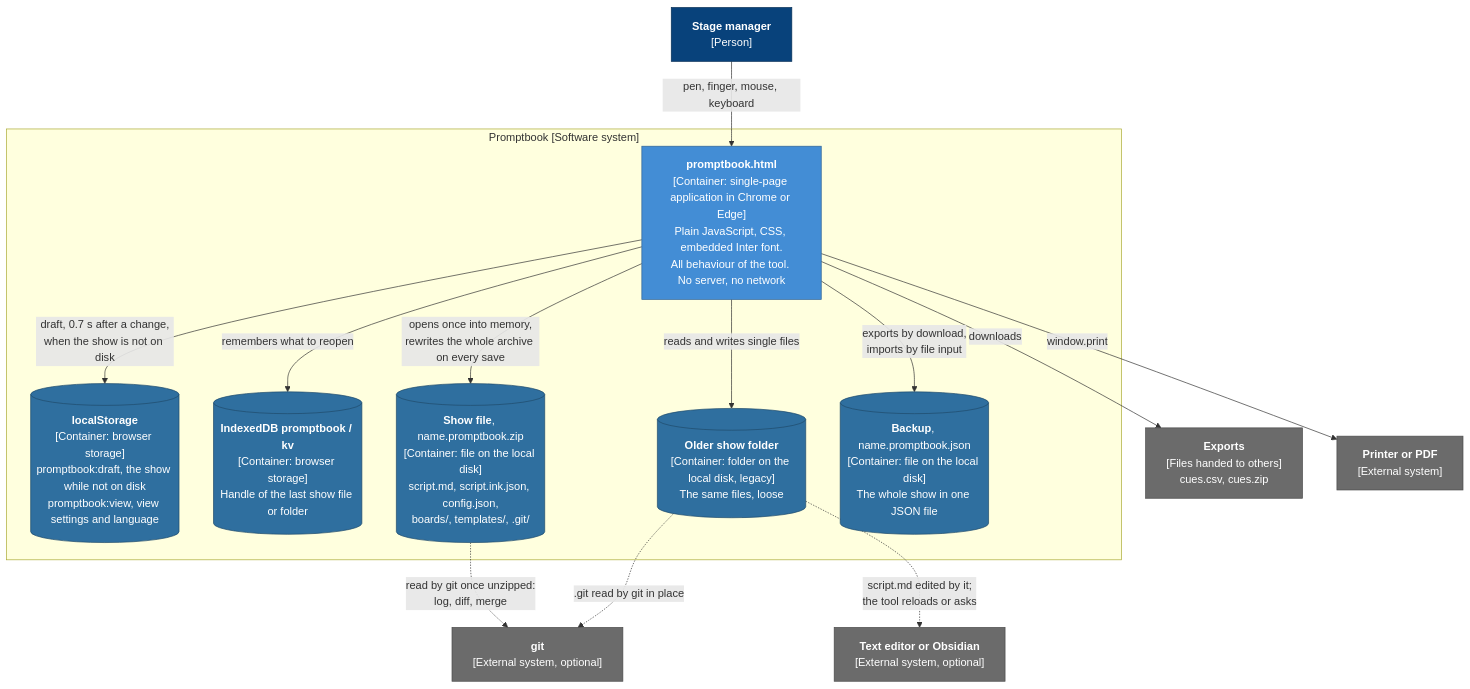
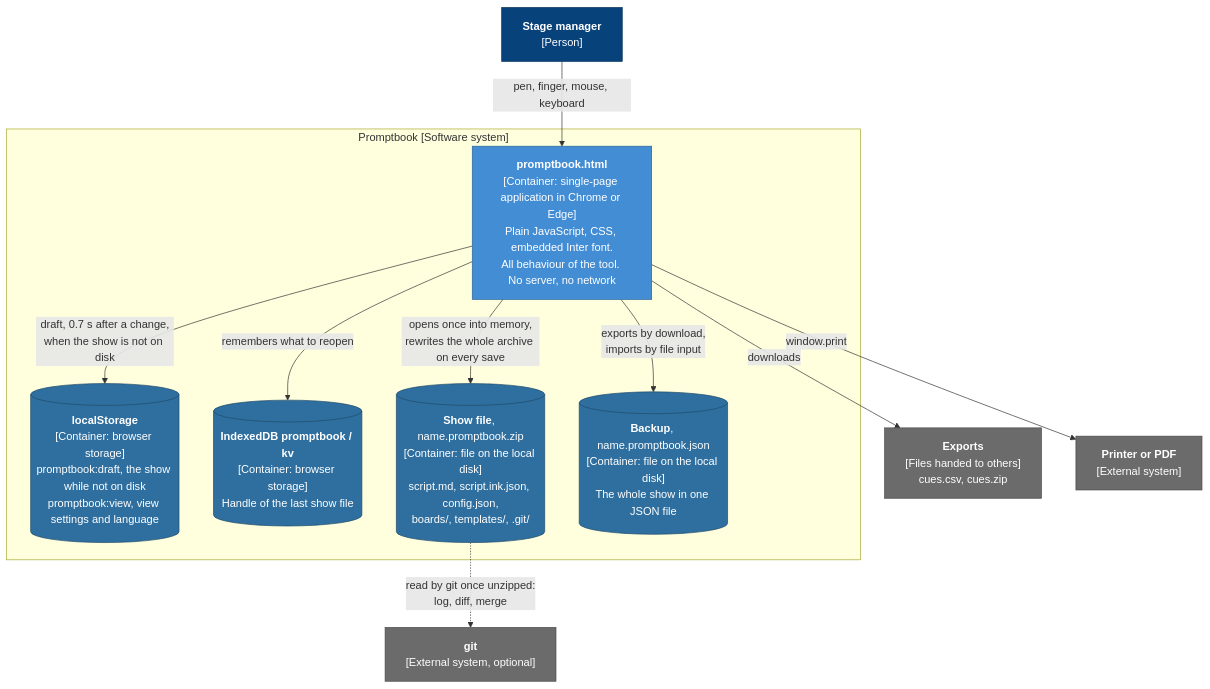
One commit to MarcoVitalii/promptbook changed the second of 5 diagrams in docs/architecture.md. Above: the diagram before and after it, drawn with Mermaid. The commit also changed other lines of this file and 32 other files, not shown here.

First line of the commit message:
r1.10: script for the actors, notes for the cast, show folders no longer opened

````diff
--- a/docs/architecture.md
+++ b/docs/architecture.md
@@ -74,39 +71,34 @@
 ```mermaid
 flowchart TB
   sm["<b>Stage manager</b><br/>[Person]"]
 
   subgraph system["Promptbook [Software system]"]
     app["<b>promptbook.html</b><br/>[Container: single-page application in Chrome or Edge]<br/>Plain JavaScript, CSS, embedded Inter font.<br/>All behaviour of the tool. No server, no network"]
     ls[("<b>localStorage</b><br/>[Container: browser storage]<br/>promptbook:draft, the show while not on disk<br/>promptbook:view, view settings and language")]
-    idb[("<b>IndexedDB promptbook / kv</b><br/>[Container: browser storage]<br/>Handle of the last show file or folder")]
+    idb[("<b>IndexedDB promptbook / kv</b><br/>[Container: browser storage]<br/>Handle of the last show file")]
     zip[("<b>Show file</b>, name.promptbook.zip<br/>[Container: file on the local disk]<br/>script.md, script.ink.json, config.json,<br/>boards/, templates/, .git/")]
-    dir[("<b>Older show folder</b><br/>[Container: folder on the local disk, legacy]<br/>The same files, loose")]
     bak[("<b>Backup</b>, name.promptbook.json<br/>[Container: file on the local disk]<br/>The whole show in one JSON file")]
   end
 
   out["<b>Exports</b><br/>[Files handed to others]<br/>cues.csv, cues.zip"]
   print["<b>Printer or PDF</b><br/>[External system]"]
   git["<b>git</b><br/>[External system, optional]"]
-  editor["<b>Text editor or Obsidian</b><br/>[External system, optional]"]
 
   sm -->|"pen, finger, mouse, keyboard"| app
   app -->|"draft, 0.7 s after a change,<br/>when the show is not on disk"| ls
   app -->|"remembers what to reopen"| idb
   app -->|"opens once into memory,<br/>rewrites the whole archive on every save"| zip
-  app -->|"reads and writes single files"| dir
   app -->|"exports by download,<br/>imports by file input"| bak
   app -->|"downloads"| out
   app -->|"window.print"| print
   zip -.->|"read by git once unzipped:<br/>log, diff, merge"| git
-  dir -.->|".git read by git in place"| git
-  dir -.->|"script.md edited by it;<br/>the tool reloads or asks"| editor
 
   classDef person fill:#08427b,stroke:#052e56,color:#ffffff
   classDef container fill:#438dd5,stroke:#2e6295,color:#ffffff
   classDef store fill:#2f6f9f,stroke:#1f4b6b,color:#ffffff
   classDef ext fill:#6b6b6b,stroke:#4a4a4a,color:#ffffff
   class sm person
   class app container
-  class ls,idb,zip,dir,bak store
-  class out,print,git,editor ext
+  class ls,idb,zip,bak store
+  class out,print,git ext
 ```
````
